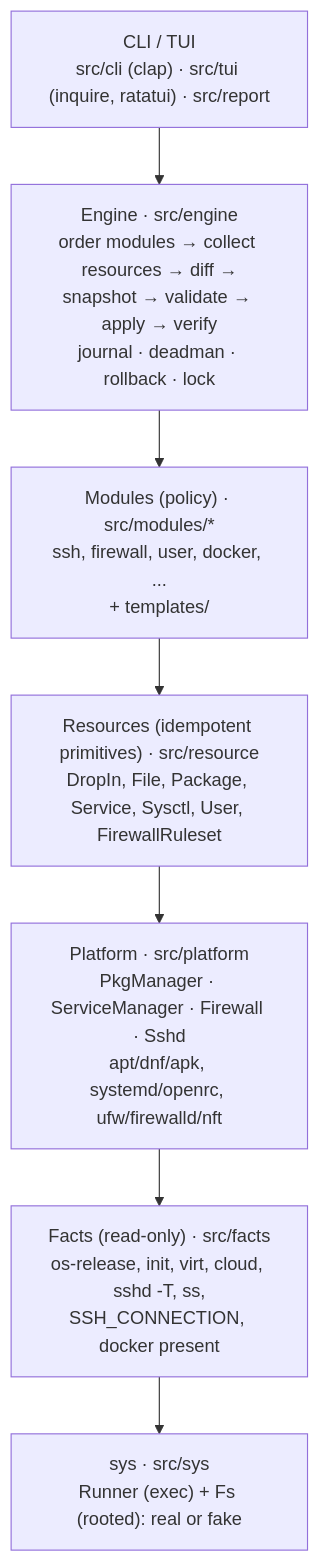
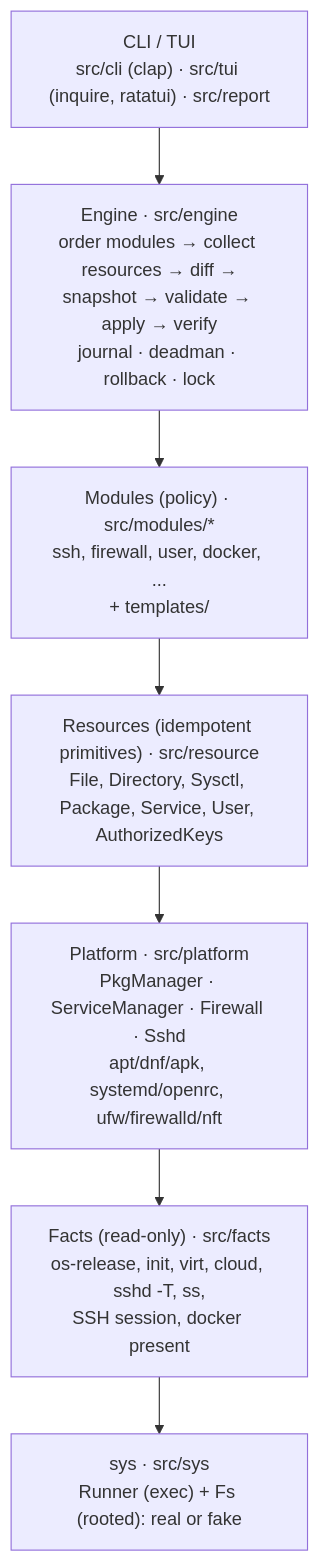
The first of 3 diagrams in docs/architecture.md (bhimrazy/vps-ready), drawn with Mermaid before and after one commit. The commit also changed other lines of this file and 6 other files, not shown here.

````diff
--- a/docs/architecture.md
+++ b/docs/architecture.md
@@ -33,11 +33,11 @@
 ```mermaid
 flowchart TB
   cli["CLI / TUI<br/>src/cli (clap) · src/tui (inquire, ratatui) · src/report"]
   engine["Engine · src/engine<br/>order modules → collect resources → diff →<br/>snapshot → validate → apply → verify<br/>journal · deadman · rollback · lock"]
   modules["Modules (policy) · src/modules/*<br/>ssh, firewall, user, docker, ...<br/>+ templates/"]
-  resources["Resources (idempotent primitives) · src/resource<br/>DropIn, File, Package, Service, Sysctl, User, FirewallRuleset"]
+  resources["Resources (idempotent primitives) · src/resource<br/>File, Directory, Sysctl, Package, Service, User, AuthorizedKeys"]
   platform["Platform · src/platform<br/>PkgManager · ServiceManager · Firewall · Sshd<br/>apt/dnf/apk, systemd/openrc, ufw/firewalld/nft"]
-  facts["Facts (read-only) · src/facts<br/>os-release, init, virt, cloud, sshd -T, ss,<br/>SSH_CONNECTION, docker present"]
+  facts["Facts (read-only) · src/facts<br/>os-release, init, virt, cloud, sshd -T, ss,<br/>SSH session, docker present"]
   sys["sys · src/sys<br/>Runner (exec) + Fs (rooted): real or fake"]
   cli --> engine --> modules --> resources --> platform --> facts --> sys
 ```
````
